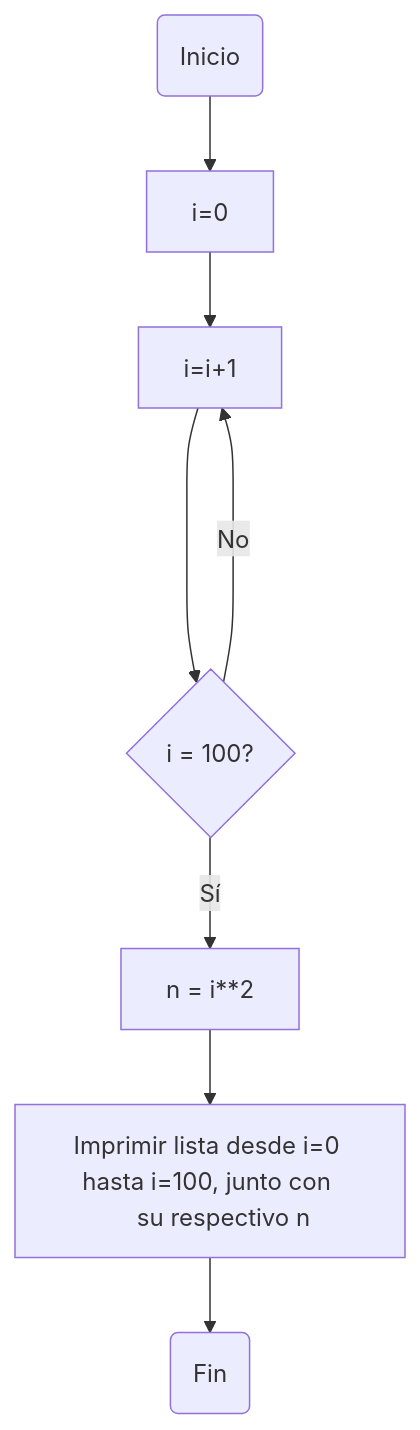
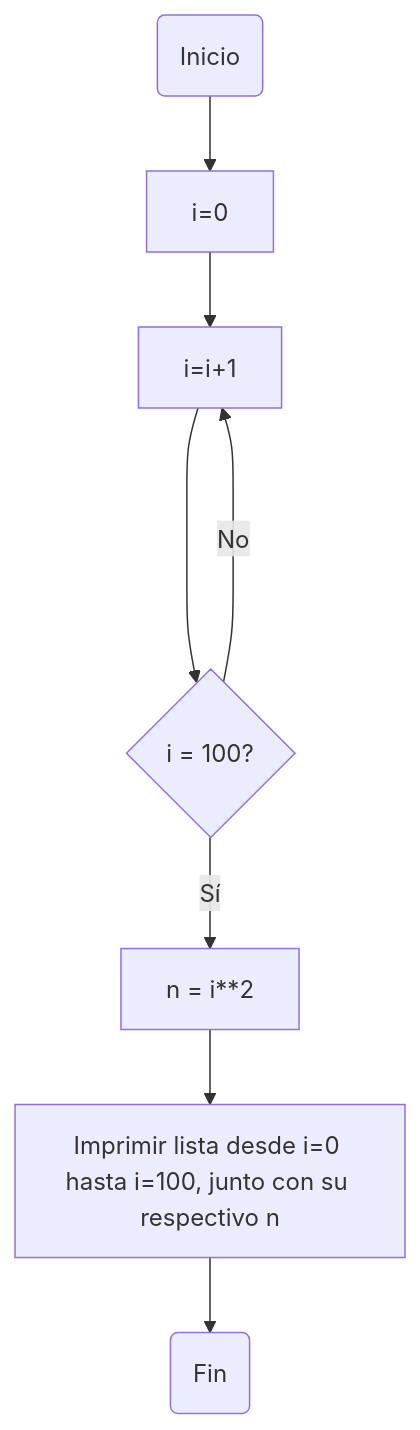
One commit to isabellam242006/reto_7 changed the diagram in README.md. Above: the diagram before and after it, drawn with Mermaid.

````diff
--- a/README.md
+++ b/README.md
@@ -12,15 +12,13 @@
 ```mermaid
 flowchart TD
-
-    A(Inicio) 
-    A --> B[i=0]
-    B-->C[i=i+1]
-    C --> D{i = 100?}
-    D-->|Sí| E[n = i**2] 
-    D ---->|No| C
-    E --> F[Imprimir lista desde i=0 hasta i=100, junto con 
-    su respectivo n]
-    F --> G(Fin)
+A(Inicio)
+A --> B[i=0]
+B-->C[i=i+1]
+C --> D{i = 100?}
+D-->|Sí| E[n = i**2]
+D ---->|No| C
+E --> F[Imprimir lista desde i=0 hasta i=100, junto con su respectivo n]
+F --> G(Fin)
     
     
 ```
````
